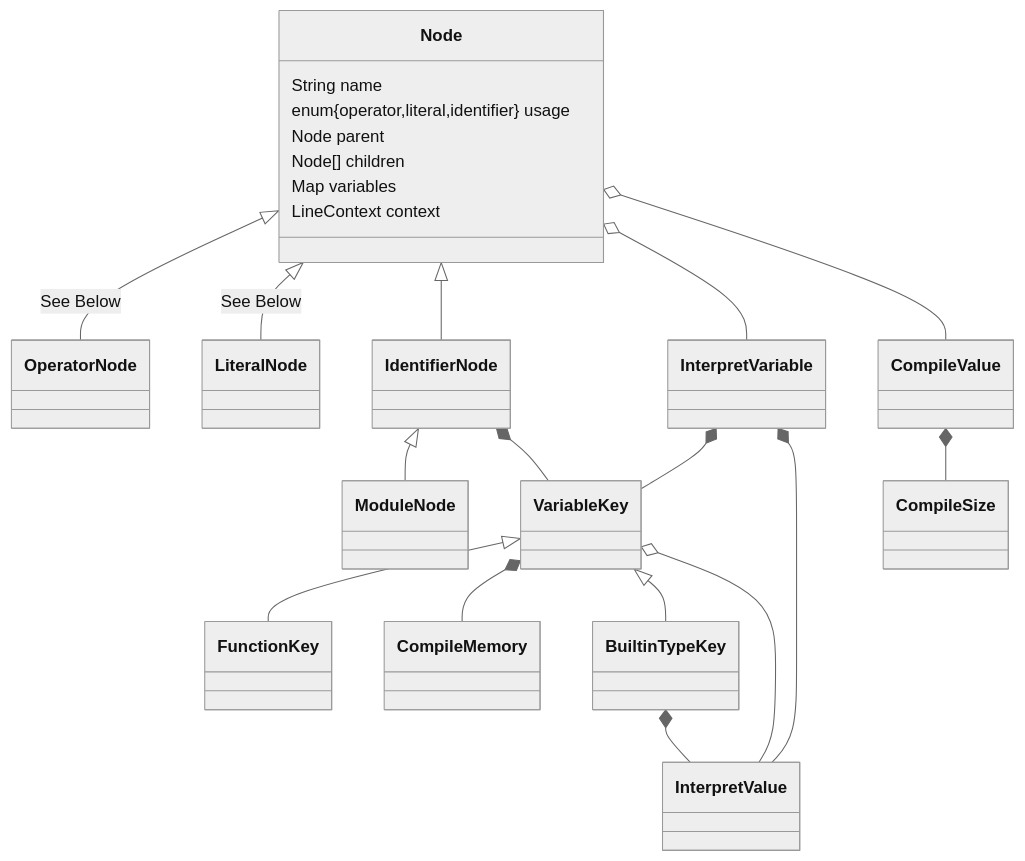
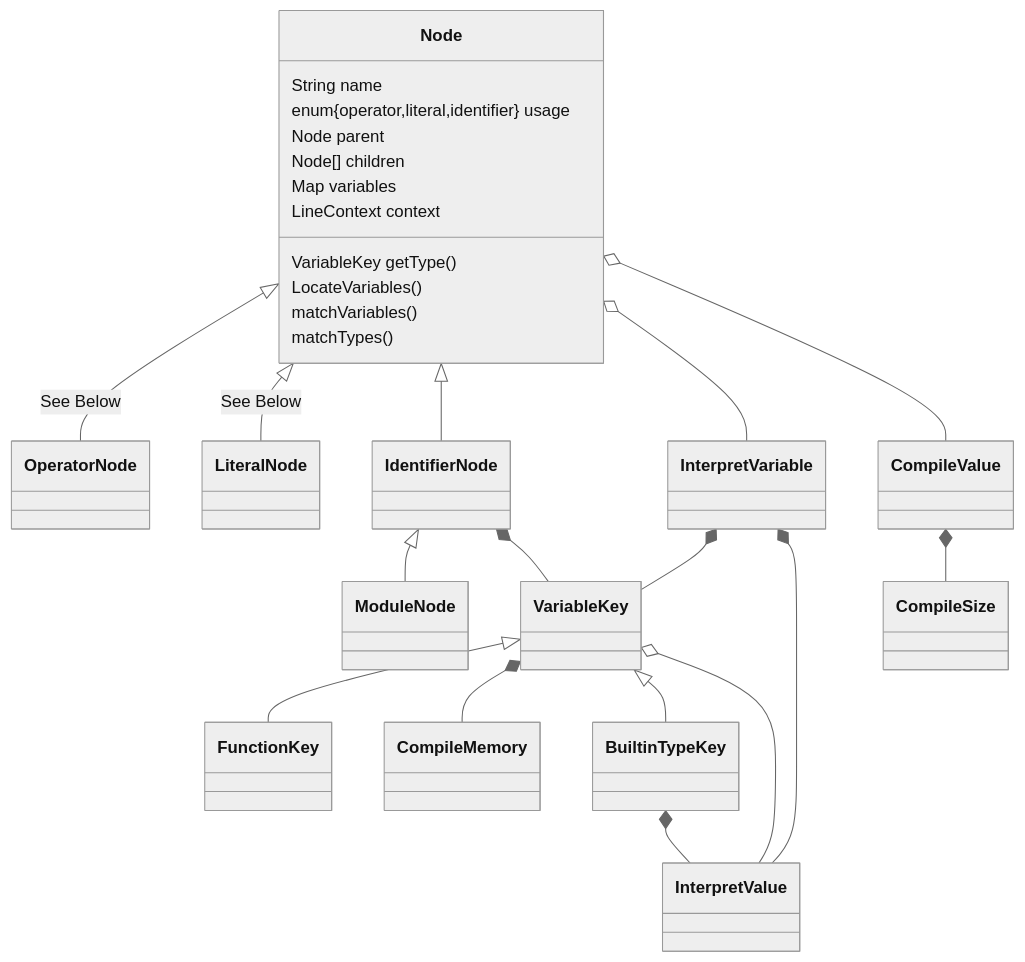
The first of 4 diagrams in README.md (Jzhyang1/Monomer), drawn with Mermaid (neutral theme) before and after one commit. The commit also changed other lines of this file, not shown here.

Commit message:
README.md updated from https://stackedit.io/

````diff
--- a/README.md
+++ b/README.md
@@ -239,25 +239,29 @@
 ```mermaid
 classDiagram
 Node <|-- OperatorNode: See Below
 Node <|-- LiteralNode: See Below
 Node <|-- IdentifierNode
 Node o-- InterpretVariable
 IdentifierNode <|-- ModuleNode
 IdentifierNode *-- VariableKey
 VariableKey <|-- FunctionKey
 VariableKey *-- CompileMemory
 VariableKey <|-- BuiltinTypeKey
 BuiltinTypeKey *-- InterpretValue
 VariableKey o-- InterpretValue
 InterpretVariable *-- VariableKey
 CompileValue *-- CompileSize
 Node o-- CompileValue
 InterpretVariable *-- InterpretValue
 
 Node: String name
 Node: enum{operator,literal,identifier} usage
 Node: Node parent
 Node: Node[] children
 Node: Map<String, VariableKey> variables
 Node: LineContext context
+Node: VariableKey getType()
+Node: LocateVariables()
+Node: matchVariables()
+Node: matchTypes()
 ```
````
